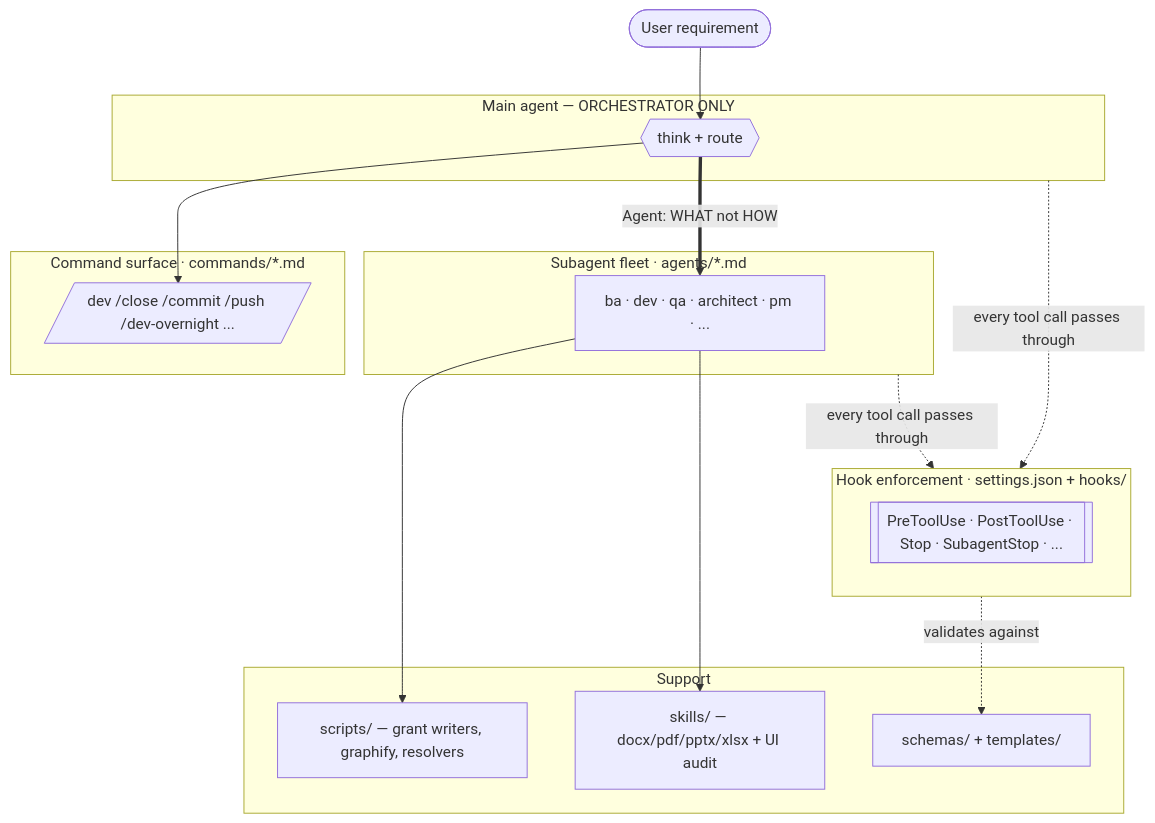
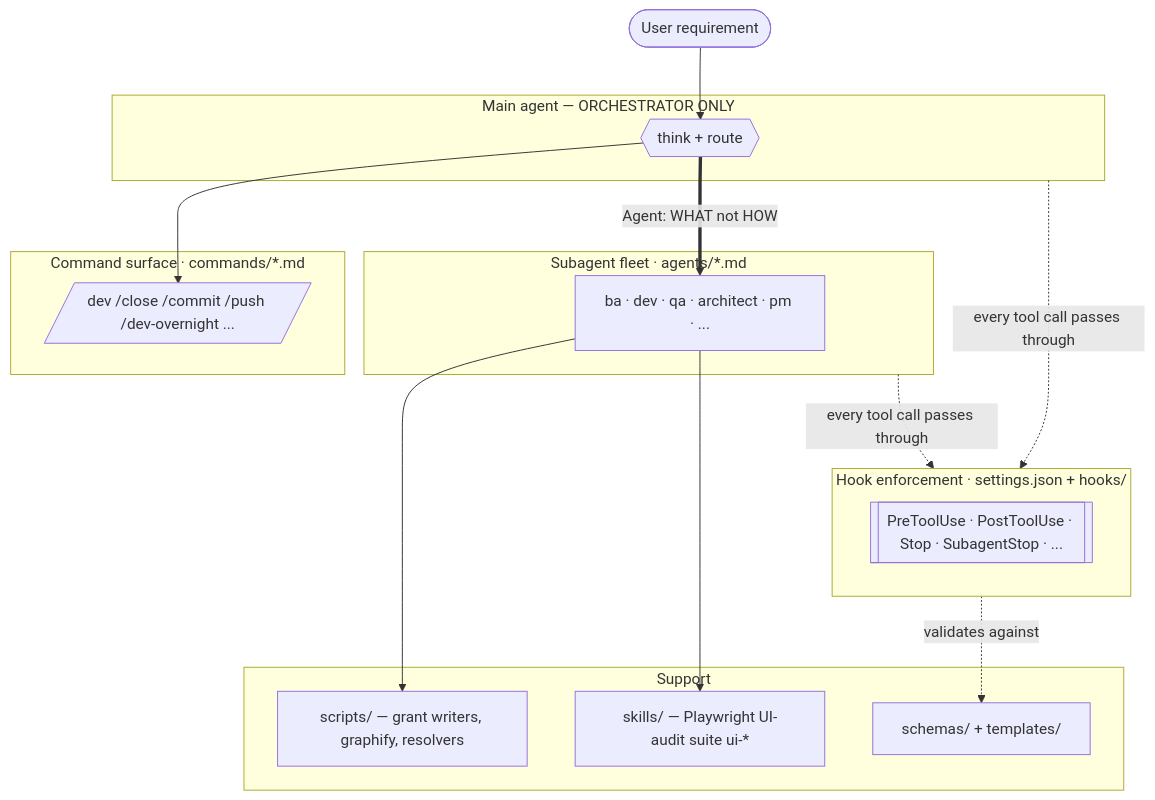
Before and after one commit to Yugoge/claude-code-config: the first of 5 diagrams in ARCHITECTURE.md, drawn with Mermaid. The commit also changed other lines of this file and 7 other files, not shown here.

````diff
--- a/ARCHITECTURE.md
+++ b/ARCHITECTURE.md
@@ -58,34 +58,34 @@
 ```mermaid
 flowchart TD
     U([User requirement]) --> ORCH
 
     subgraph L0[Main agent — ORCHESTRATOR ONLY]
       ORCH{{think + route}}
     end
 
     subgraph L1[Command surface · commands/*.md]
       CMD[/dev /close /commit /push /dev-overnight .../]
     end
 
     subgraph L2[Subagent fleet · agents/*.md]
       FLEET[ba · dev · qa · architect · pm · ...]
     end
 
     subgraph L3[Hook enforcement · settings.json + hooks/]
       HOOKS[[PreToolUse · PostToolUse · Stop · SubagentStop · ...]]
     end
 
     subgraph L4[Support]
       SCR[scripts/ — grant writers, graphify, resolvers]
-      SK[skills/ — docx/pdf/pptx/xlsx + UI audit]
+      SK[skills/ — Playwright UI-audit suite ui-*]
       SCH[schemas/ + templates/]
     end
 
     ORCH --> CMD
     ORCH ==>|Agent: WHAT not HOW| FLEET
     FLEET --> SCR
     FLEET --> SK
     L0 -.every tool call passes through.-> L3
     L2 -.every tool call passes through.-> L3
     L3 -.validates against.-> SCH
 ```
````
